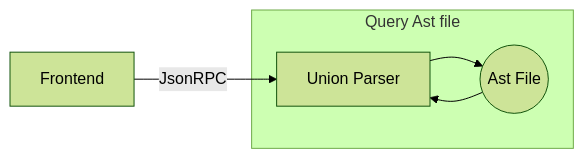
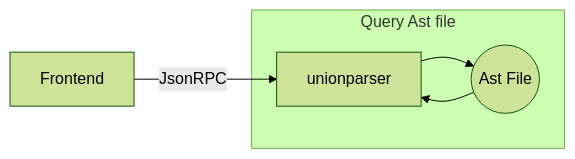
The fifth of 5 diagrams in README.md (FunningC0217/UnionParser), drawn with Mermaid (forest theme) before and after one commit. The commit also changed other lines of this file, not shown here.

````diff
--- a/README.md
+++ b/README.md
@@ -51,7 +51,7 @@
 ```mermaid
 graph LR;
-A[Frontend]--JsonRPC-->UP[Union Parser]
+A[Frontend]--JsonRPC-->UP[unionparser]
 subgraph Query Ast file
 UP-->AST((Ast File))-->UP
 end
 ```
````
